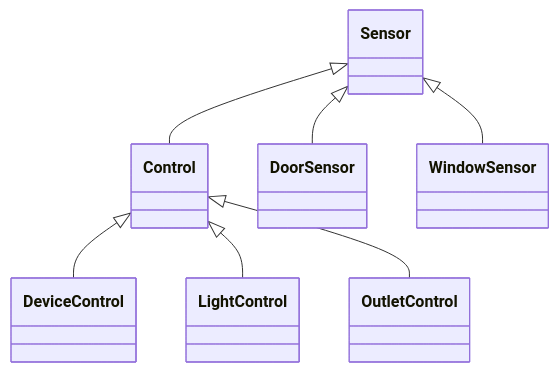
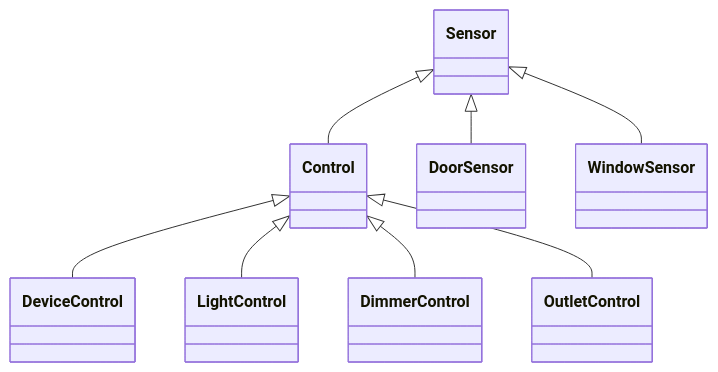
The first of 7 diagrams in docs/README.resources.md (jbuehl/homealone), drawn with Mermaid before and after one commit. The commit also changed other lines of this file, not shown here.

````diff
--- a/docs/README.resources.md
+++ b/docs/README.resources.md
@@ -35,9 +35,10 @@
 ```mermaid
 classDiagram
 	Sensor <|-- Control
     Control <|-- DeviceControl
     Control <|-- LightControl
+    Control <|-- DimmerControl
     Control <|-- OutletControl
     Sensor <|-- DoorSensor
     Sensor <|-- WindowSensor
 ```
````
